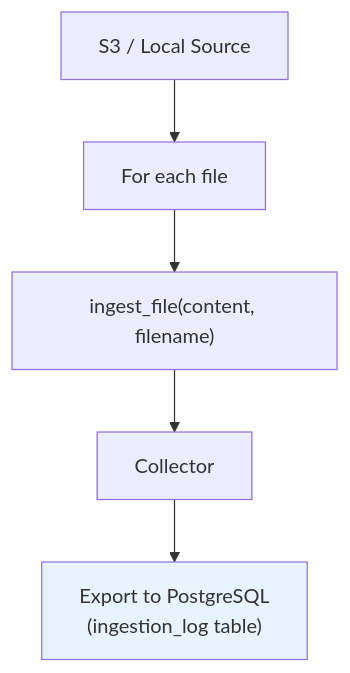
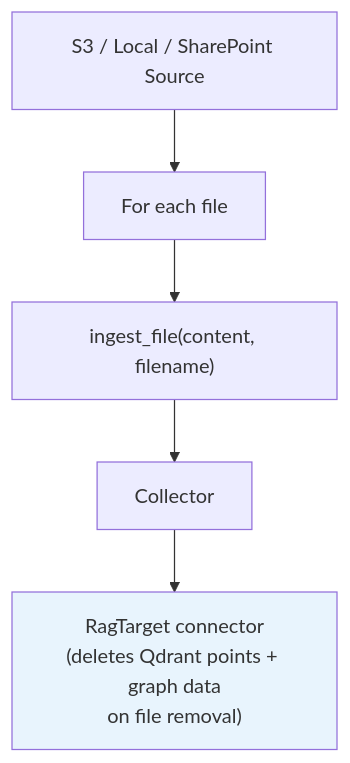
The first of 2 diagrams in docs/ingestion/cocoindex.md (dollro/spektr), drawn with Mermaid before and after one commit. The commit also changed other lines of this file and 24 other files, not shown here.

````diff
--- a/docs/ingestion/cocoindex.md
+++ b/docs/ingestion/cocoindex.md
@@ -34,9 +37,9 @@
 ```mermaid
 flowchart TD
-    Source["S3 / Local Source"] --> Row["For each file"]
+    Source["S3 / Local / SharePoint Source"] --> Row["For each file"]
     Row --> Op["ingest_file(content, filename)"]
     Op --> Collect["Collector"]
-    Collect --> Export["Export to PostgreSQL\n(ingestion_log table)"]
+    Collect --> Export["RagTarget connector\n(deletes Qdrant points + graph data\non file removal)"]
 
     style Export fill:#e8f4fd
 ```
````
